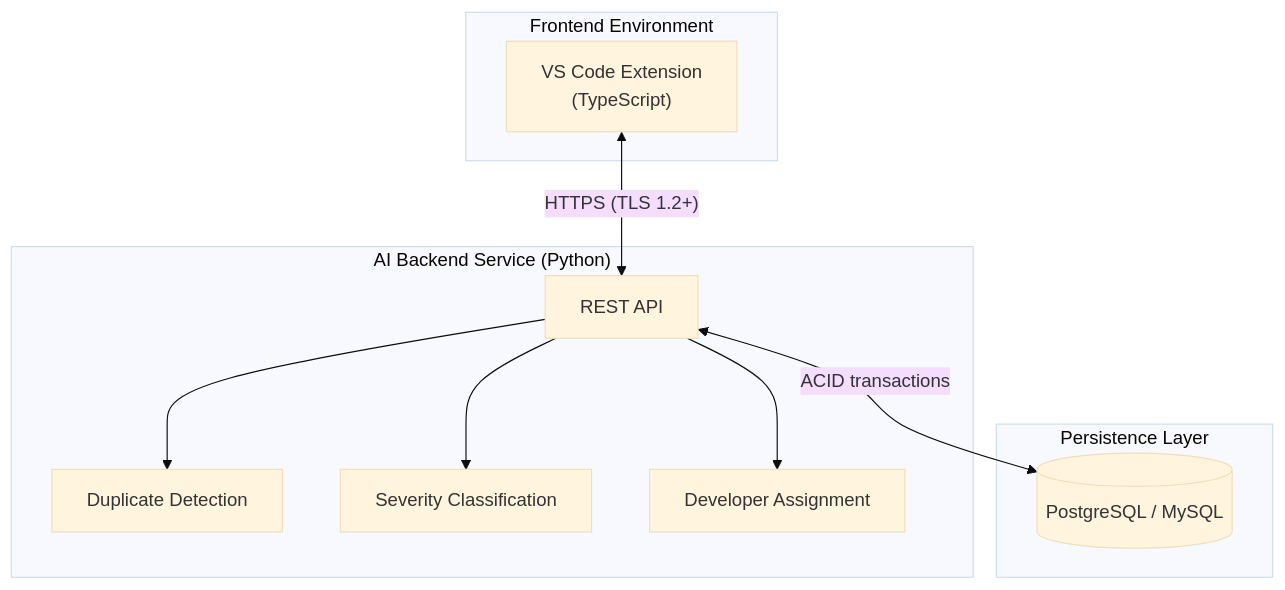
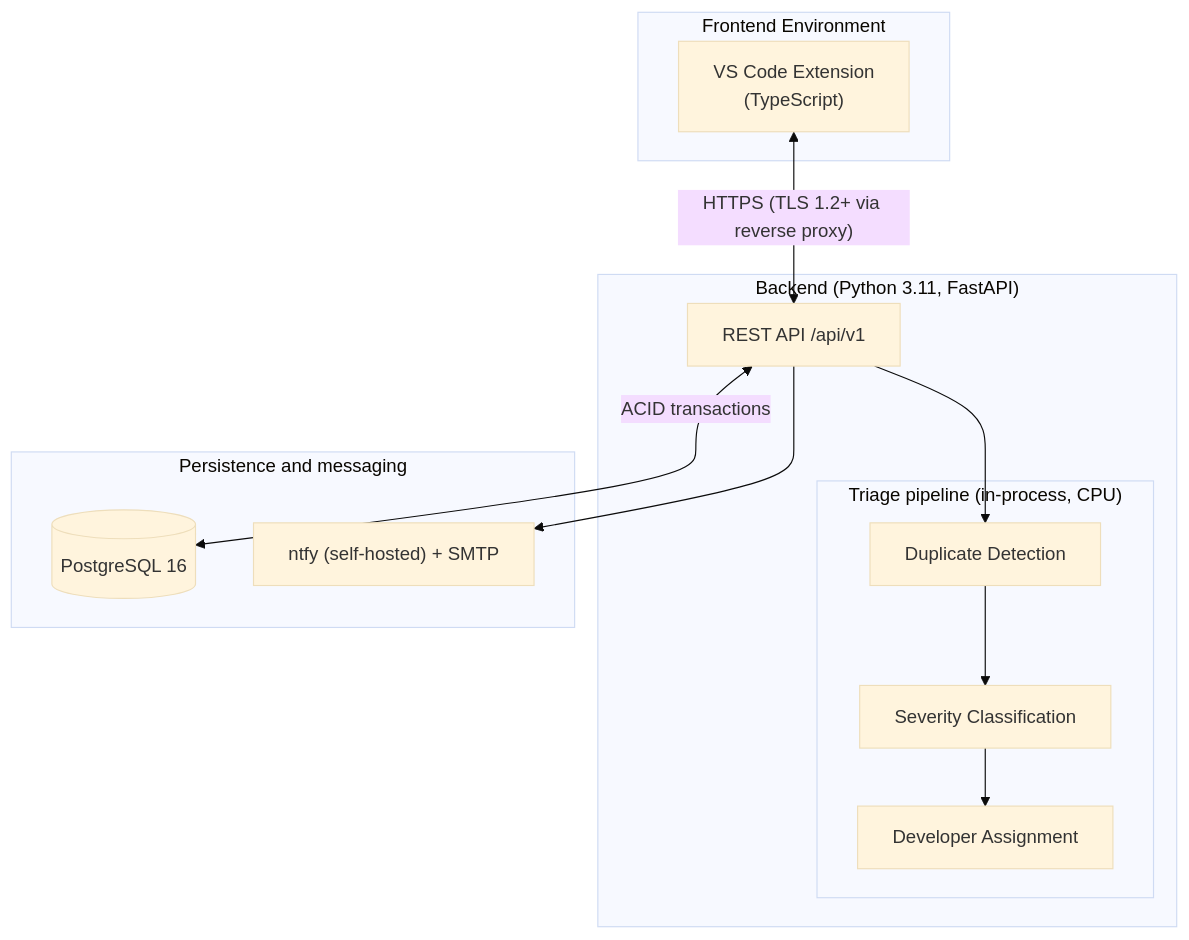
One commit to yasersafar/AI-Powered-Bug-Tracking-System changed the first of 3 diagrams in README.md. Above: the diagram before and after it, drawn with Mermaid (base theme). The commit also changed other lines of this file and 68 other files, not shown here.

````diff
--- a/README.md
+++ b/README.md
@@ -68,23 +70,25 @@
 ```mermaid
 flowchart TB
     subgraph Client["Frontend Environment"]
         EXT["VS Code Extension<br/>(TypeScript)"]
     end
 
-    subgraph Server["AI Backend Service (Python)"]
-        API["REST API"]
-        DUP["Duplicate Detection"]
-        SEV["Severity Classification"]
-        DEV["Developer Assignment"]
+    subgraph Server["Backend (Python 3.11, FastAPI)"]
+        API["REST API /api/v1"]
+        subgraph Triage["Triage pipeline (in-process, CPU)"]
+            DUP["Duplicate Detection"]
+            SEV["Severity Classification"]
+            DEV["Developer Assignment"]
+        end
     end
 
-    subgraph Storage["Persistence Layer"]
-        DB[("PostgreSQL / MySQL")]
+    subgraph Storage["Persistence and messaging"]
+        DB[("PostgreSQL 16")]
+        NT["ntfy (self-hosted) + SMTP"]
     end
 
-    EXT <-->|"HTTPS (TLS 1.2+)"| API
-    API --> DUP
-    API --> SEV
-    API --> DEV
+    EXT <-->|"HTTPS (TLS 1.2+ via reverse proxy)"| API
+    API --> DUP --> SEV --> DEV
     API <-->|"ACID transactions"| DB
+    API --> NT
 ```
````
